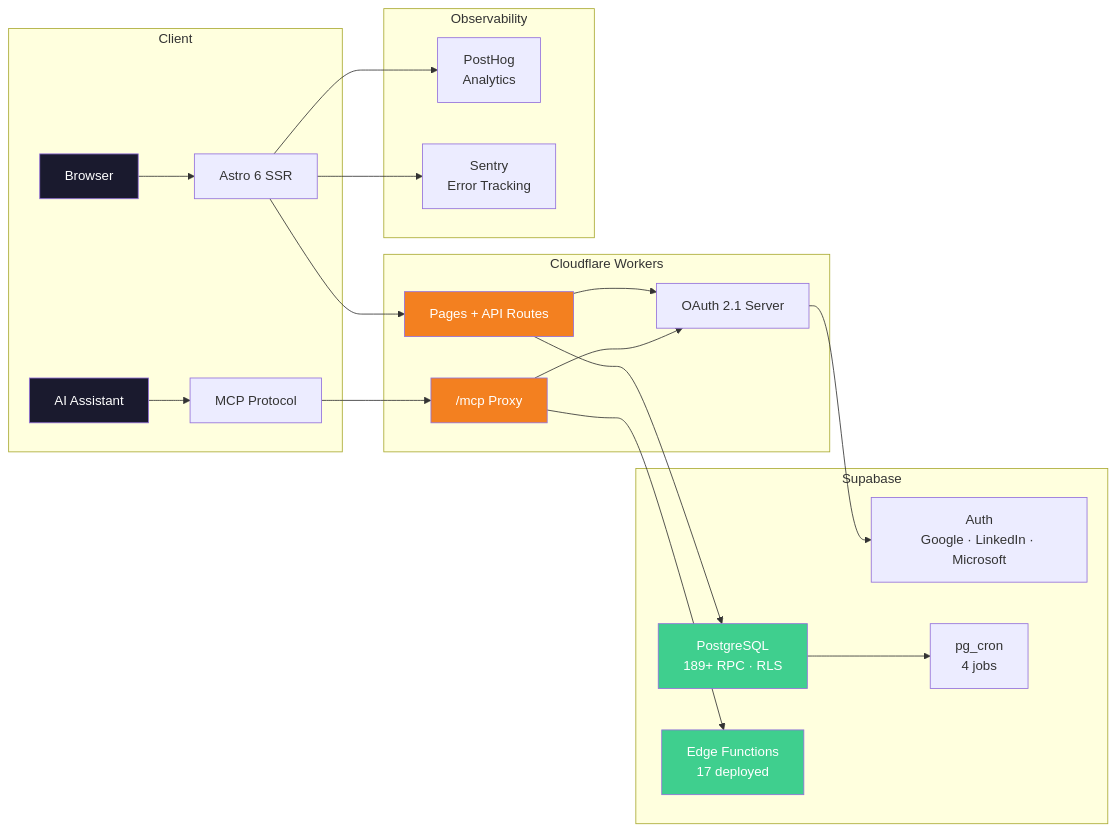
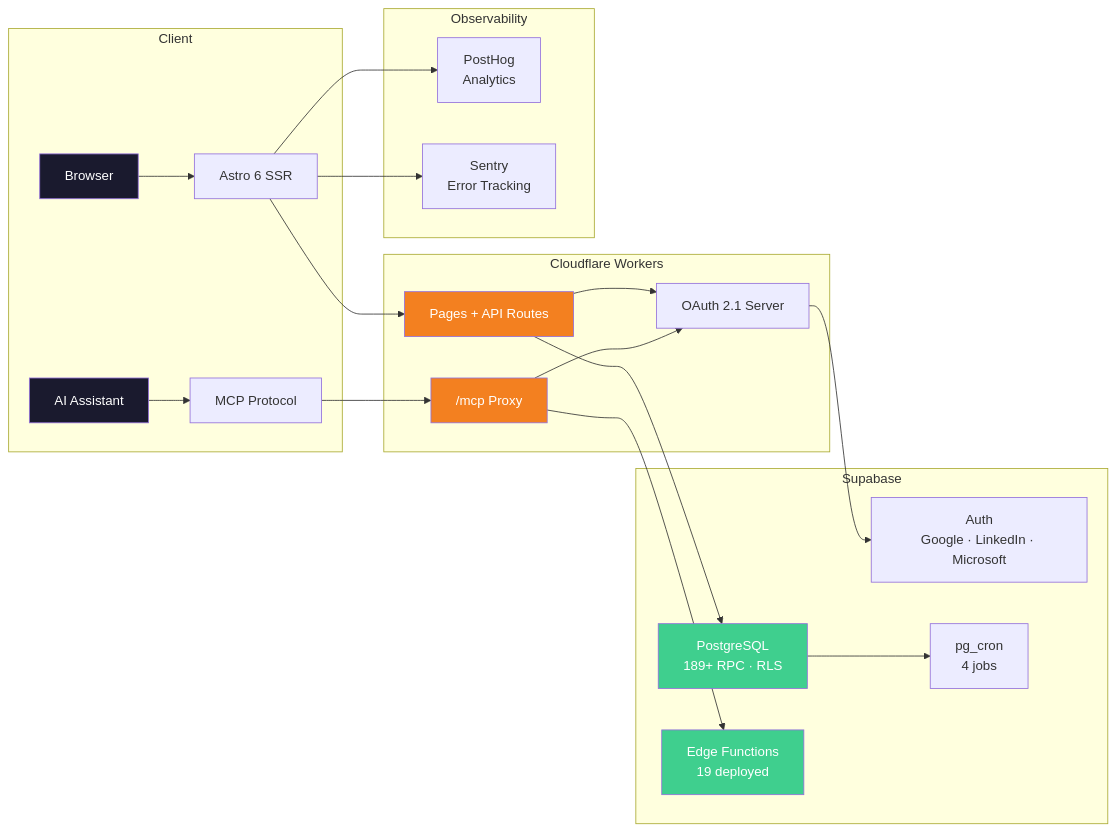
One commit to VitorMRodovalho/ai-pm-research-hub changed the first of 2 diagrams in README.md. Above: the diagram before and after it, drawn with Mermaid. The commit also changed 1 other file, not shown here.

Commit message:
docs: dependency upgrade roadmap + new MCP tool candidates + SDK tracking
S6.10: Major deps assessed with web research:
  - lucide-react v1: LOW risk (no brand icons used), 30min → Sprint 7
  - recharts v3: LOW risk (1 component, standard API), 1h → Sprint 7
  - eslint v10: MEDIUM risk (plugin compat), 2h → Sprint 8
  - typescript v6: MEDIUM risk (TS7 prep release), 3h → Sprint 8
  - @tiptap/* v3: HIGH risk (package restructure), 5h → Sprint 9

S6.11: 9 new MCP tool candidates mapped (3 tiers by demand):
  Tier 1: get_tribe_dashboard, get_attendance_ranking, get_portfolio_overview
  Tier 2: get_operational_alerts, get_cycle_report, get_annual_kpis
  Tier 3: verify_credly, get_board_activities, get_cross_tribe_comparison

S6.12: SDK 1.28.0 still latest, no 1.29 yet. Monitoring.

README.md: Fixed EF count in architecture diagram (17→19).

````diff
--- a/README.md
+++ b/README.md
@@ -67,33 +67,33 @@
 ```mermaid
 graph LR
     subgraph Client
         A[Browser] --> B[Astro 6 SSR]
         C[AI Assistant] --> D[MCP Protocol]
     end
 
     subgraph "Cloudflare Workers"
         B --> E[Pages + API Routes]
         D --> F["/mcp Proxy"]
         E --> G[OAuth 2.1 Server]
         F --> G
     end
 
     subgraph "Supabase"
         G --> H[Auth<br/>Google · LinkedIn · Microsoft]
         E --> I[PostgreSQL<br/>189+ RPC · RLS]
-        F --> J[Edge Functions<br/>17 deployed]
+        F --> J[Edge Functions<br/>19 deployed]
         I --> K[pg_cron<br/>4 jobs]
     end
 
     subgraph "Observability"
         B --> L[PostHog<br/>Analytics]
         B --> M[Sentry<br/>Error Tracking]
     end
 
     style A fill:#1a1a2e,color:#fff
     style C fill:#1a1a2e,color:#fff
     style E fill:#F38020,color:#fff
     style F fill:#F38020,color:#fff
     style I fill:#3FCF8E,color:#fff
     style J fill:#3FCF8E,color:#fff
 ```
````
